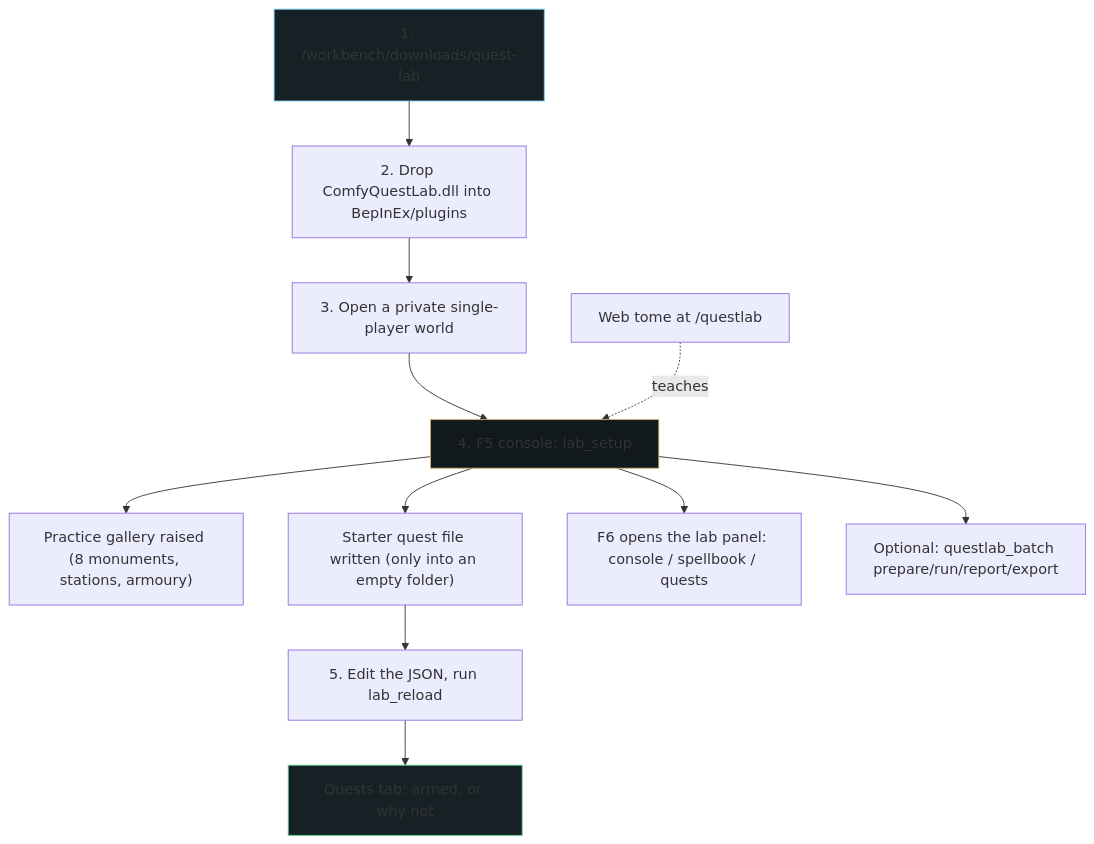
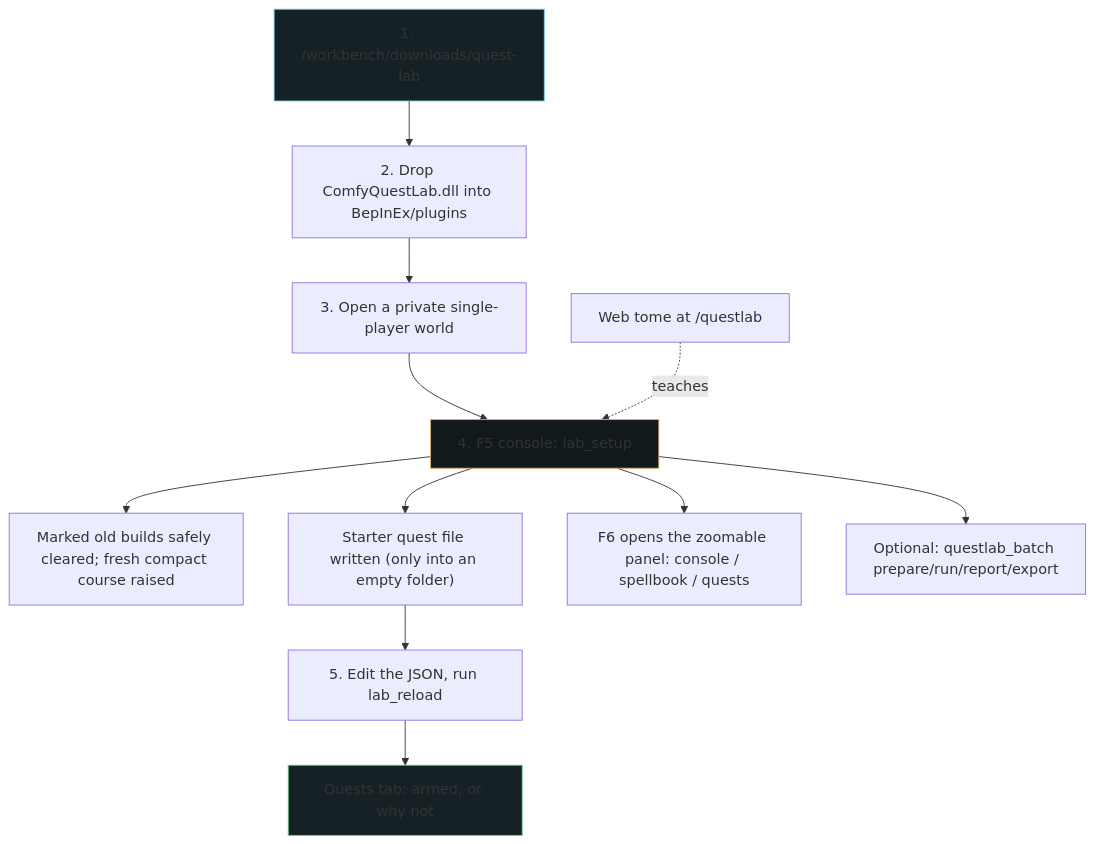
One commit to djcdevelopment/baseline changed the diagram in docs/quest-lab-turnkey-vision.md. Above: the diagram before and after it, drawn with Mermaid. The commit also changed other lines of this file and 29 other files, not shown here.

Commit message:
Quest Lab: compact the creator course and add panel zoom

````diff
--- a/docs/quest-lab-turnkey-vision.md
+++ b/docs/quest-lab-turnkey-vision.md
@@ -29,20 +29,20 @@
 ```mermaid
 flowchart TD
     Link["1. /workbench/downloads/quest-lab"] --> Drop["2. Drop ComfyQuestLab.dll into BepInEx/plugins"]
     Drop --> Start["3. Open a private single-player world"]
     Start --> Setup["4. F5 console: lab_setup"]
 
-    Setup --> Gallery["Practice gallery raised (8 monuments, stations, armoury)"]
+    Setup --> Gallery["Marked old builds safely cleared; fresh compact course raised"]
     Setup --> Seed["Starter quest file written (only into an empty folder)"]
-    Setup --> Panel["F6 opens the lab panel: console / spellbook / quests"]
+    Setup --> Panel["F6 opens the zoomable panel: console / spellbook / quests"]
     Setup --> Batch["Optional: questlab_batch prepare/run/report/export"]
 
     Seed --> Edit["5. Edit the JSON, run lab_reload"]
     Edit --> Verdict["Quests tab: armed, or why not"]
 
     Tome["Web tome at /questlab"] -.teaches.-> Setup
 
     style Link fill:#162126,stroke:#75c9f1
     style Setup fill:#11191d,stroke:#d7a86e
     style Verdict fill:#162126,stroke:#68d391
 ```
````
